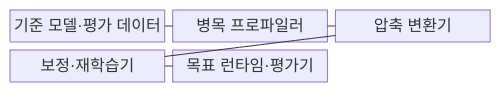
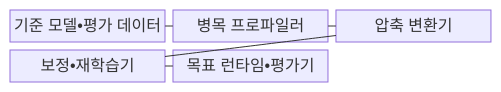
Before and after one commit to agnusdei1207/knowledge-base: the first of 2 diagrams in src/content/docs/notes/08-latest-tech/054_model_compression.md, drawn with Mermaid. The commit also changed other lines of this file and 953 other files, not shown here.

````diff
--- a/src/content/docs/notes/08-latest-tech/054_model_compression.md
+++ b/src/content/docs/notes/08-latest-tech/054_model_compression.md
@@ -70,13 +70,13 @@
 ```mermaid
 block-beta
   columns 3
-  A["기준 모델·평가 데이터"]
+  A["기준 모델•평가 데이터"]
   B["병목 프로파일러"]
   C["압축 변환기"]
-  D["보정·재학습기"]
-  E["목표 런타임·평가기"]
+  D["보정•재학습기"]
+  E["목표 런타임•평가기"]
   A --- B
   B --- C
   C --- D
   D --- E
 ```
````
